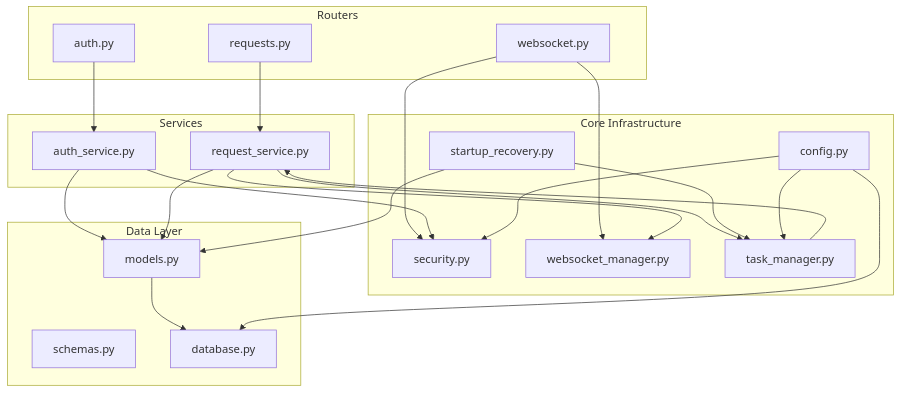
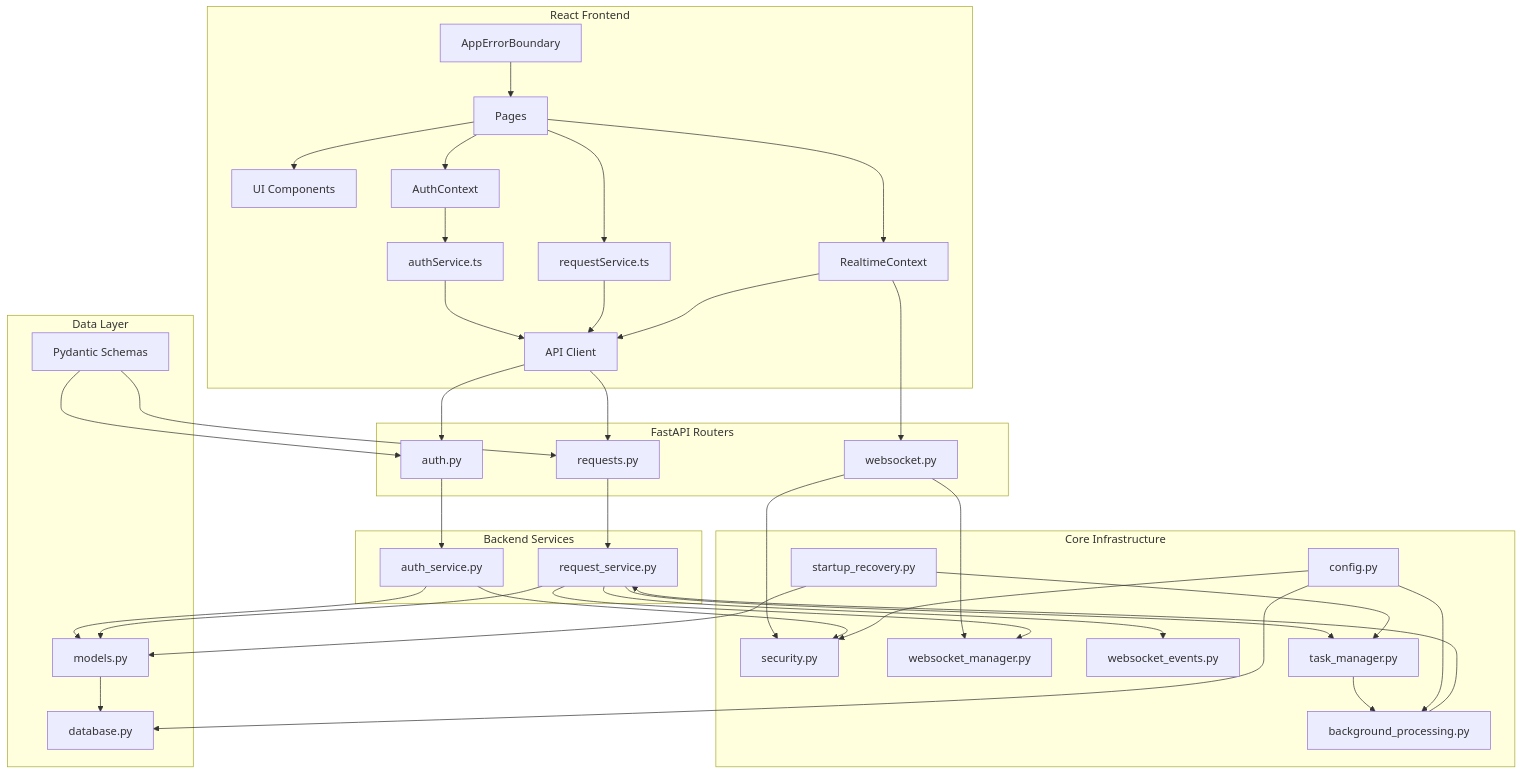
The second of 10 diagrams in Documents/System Design.md (elias282000/Technohaven-Recruitement-Assignement), drawn with Mermaid before and after one commit. The commit also changed other lines of this file and 1 other file, not shown here.

````diff
--- a/Documents/System Design.md
+++ b/Documents/System Design.md
@@ -59,46 +70,78 @@
 ```mermaid
 graph TB
-    subgraph Routers["Routers"]
+    subgraph Frontend["React Frontend"]
+        Pages["Pages"]
+        UIComponents["UI Components"]
+        AuthContext["AuthContext"]
+        RealtimeContext["RealtimeContext"]
+        APIClient["API Client"]
+        AuthServiceFE["authService.ts"]
+        RequestServiceFE["requestService.ts"]
+        ErrorBoundary["AppErrorBoundary"]
+
+        Pages --> UIComponents
+        Pages --> AuthContext
+        Pages --> RealtimeContext
+        Pages --> RequestServiceFE
+        AuthContext --> AuthServiceFE
+        AuthServiceFE --> APIClient
+        RequestServiceFE --> APIClient
+        RealtimeContext --> APIClient
+        ErrorBoundary --> Pages
+    end
+
+    subgraph Routers["FastAPI Routers"]
         AuthRouter["auth.py"]
         RequestRouter["requests.py"]
         WebSocketRouter["websocket.py"]
     end
 
-    subgraph Services["Services"]
+    subgraph Services["Backend Services"]
         AuthService["auth_service.py"]
         RequestService["request_service.py"]
     end
 
     subgraph Core["Core Infrastructure"]
         Security["security.py"]
         Config["config.py"]
         WSManager["websocket_manager.py"]
+        WSEvents["websocket_events.py"]
         TaskManager["task_manager.py"]
+        Processor["background_processing.py"]
         Recovery["startup_recovery.py"]
     end
 
     subgraph Data["Data Layer"]
         Models["models.py"]
-        Schemas["schemas.py"]
+        Schemas["Pydantic Schemas"]
         Database["database.py"]
     end
+
+    APIClient --> AuthRouter
+    APIClient --> RequestRouter
+    RealtimeContext --> WebSocketRouter
 
     AuthRouter --> AuthService
     RequestRouter --> RequestService
     WebSocketRouter --> Security
     WebSocketRouter --> WSManager
 
     AuthService --> Security
     AuthService --> Models
     RequestService --> Models
     RequestService --> TaskManager
+    RequestService --> WSEvents
     RequestService --> WSManager
 
-    TaskManager --> RequestService
+    TaskManager --> Processor
+    Processor --> RequestService
     Recovery --> Models
     Recovery --> TaskManager
+
     Models --> Database
+    Schemas --> AuthRouter
+    Schemas --> RequestRouter
     Config --> Database
     Config --> Security
-    Config --> TaskManager
+    Config --> Processor
 ```
````
